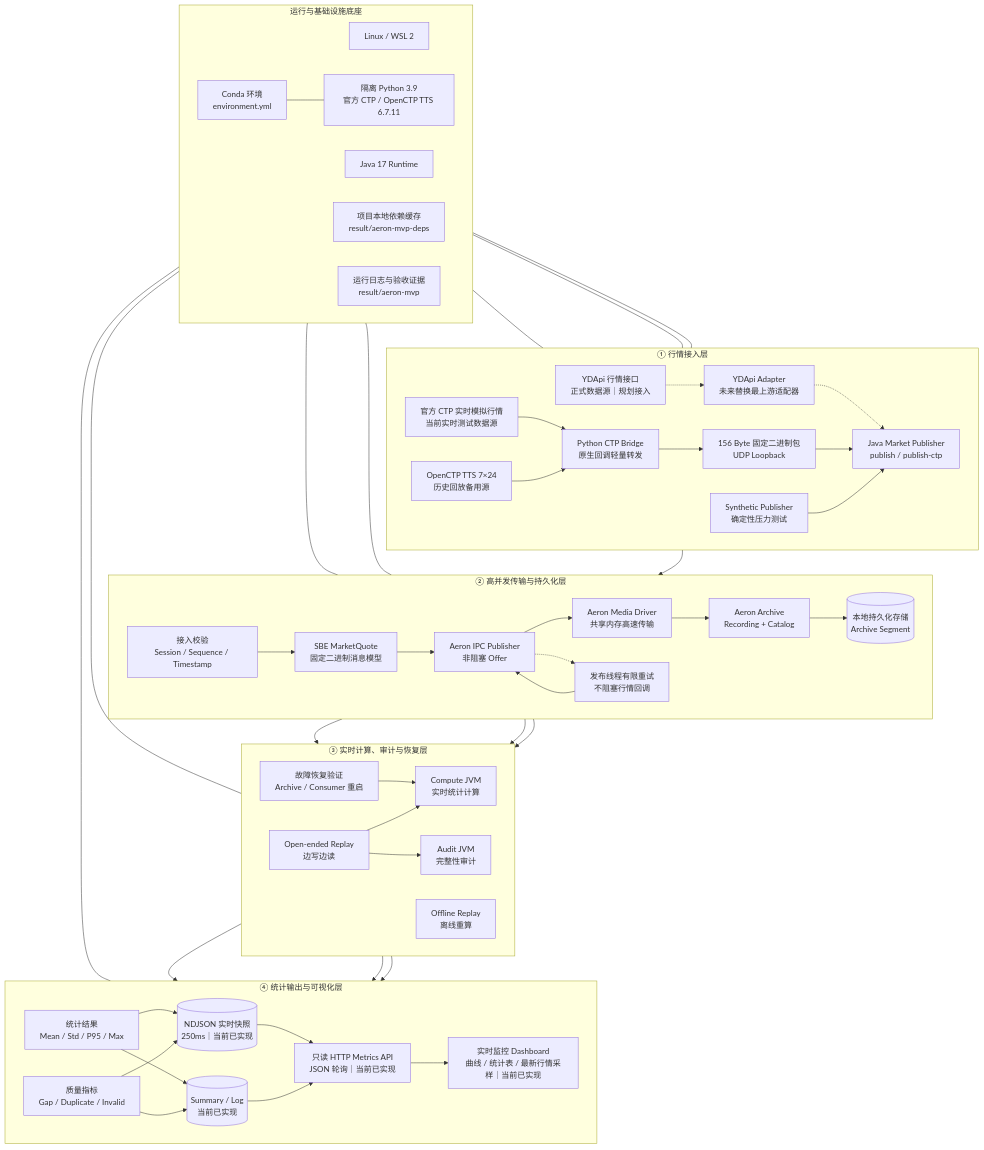
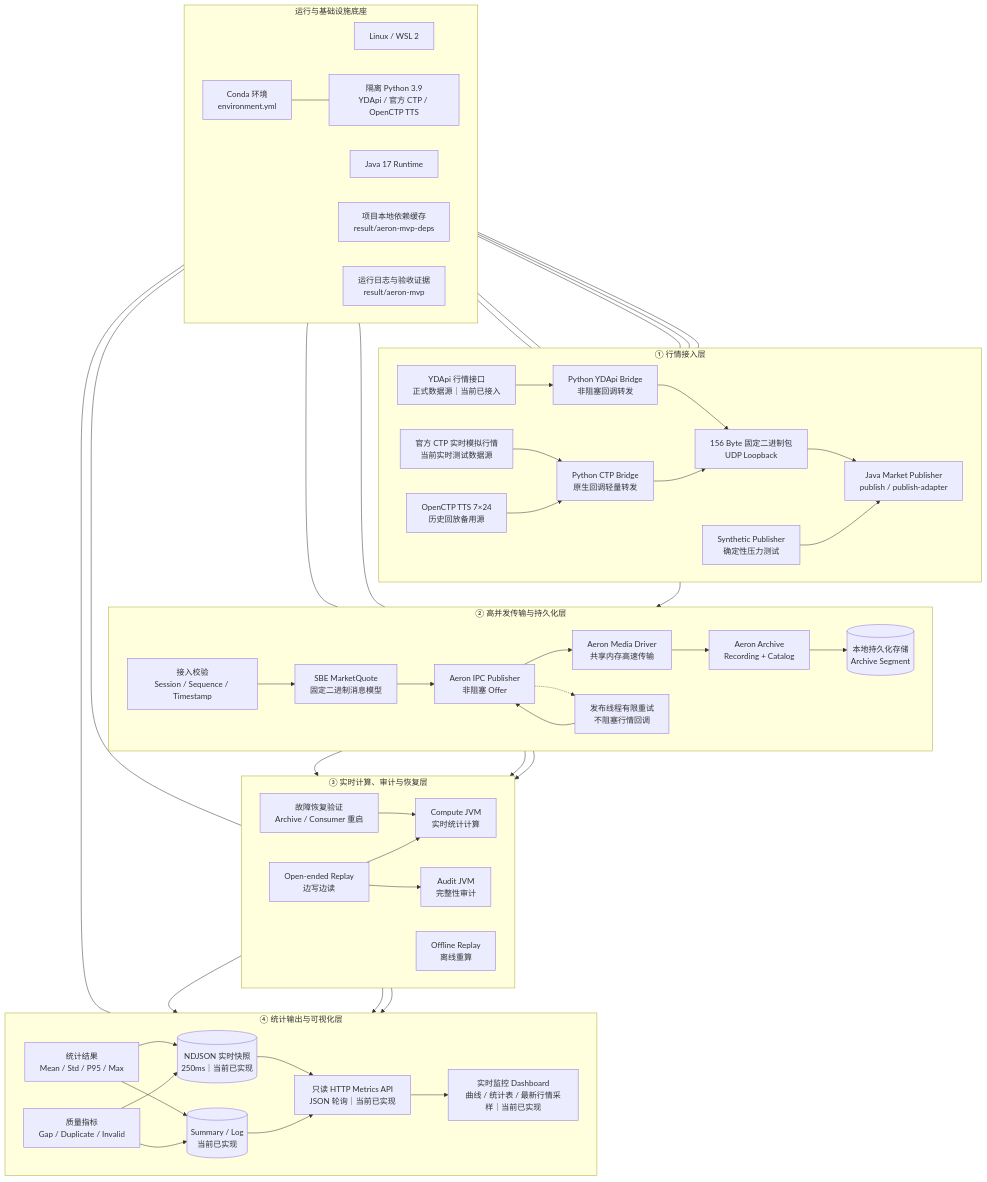
Before and after one commit to 031asa/high-concurrency: the diagram in docs/high-concurrency-architecture.md, drawn with Mermaid. The commit also changed other lines of this file and 10 other files, not shown here.

```diff
--- a/docs/high-concurrency-architecture.md
+++ b/docs/high-concurrency-architecture.md
@@ -4,17 +4,16 @@
 flowchart TB
     subgraph ACCESS["① 行情接入层"]
         direction LR
-        YD["YDApi 行情接口<br/>正式数据源｜规划接入"]
+        YD["YDApi 行情接口<br/>正式数据源｜当前已接入"]
         CTPL["官方 CTP 实时模拟行情<br/>当前实时测试数据源"]
         CTP["OpenCTP TTS 7×24<br/>历史回放备用源"]
         SIM["Synthetic Publisher<br/>确定性压力测试"]
-        YDA["YDApi Adapter<br/>未来替换最上游适配器"]
+        YDA["Python YDApi Bridge<br/>非阻塞回调转发"]
         CTB["Python CTP Bridge<br/>原生回调轻量转发"]
         UDP["156 Byte 固定二进制包<br/>UDP Loopback"]
-        JP["Java Market Publisher<br/>publish / publish-ctp"]
+        JP["Java Market Publisher<br/>publish / publish-adapter"]
 
-        YD -.-> YDA
-        YDA -.-> JP
+        YD --> YDA --> UDP
         CTPL --> CTB
         CTP --> CTB --> UDP --> JP
         SIM --> JP
@@ -73,17 +72,19 @@
         direction LR
         LINUX["Linux / WSL 2"]
         JAVA["Java 17 Runtime"]
-        PY["隔离 Python 3.9<br/>官方 CTP / OpenCTP TTS 6.7.11"]
+        PY["隔离 Python 3.9<br/>YDApi / 官方 CTP / OpenCTP TTS"]
         CONDA["Conda 环境<br/>environment.yml"]
         DEPS["项目本地依赖缓存<br/>result/aeron-mvp-deps"]
         OBS["运行日志与验收证据<br/>result/aeron-mvp"]
     end
 
     LINUX --- CTB
+    LINUX --- YDA
     LINUX --- MD
     JAVA --- JP
     JAVA --- COMPUTE
     PY --- CTB
+    PY --- YDA
     CONDA --- PY
     DEPS --- AP
     OBS --- SUMMARY
```
